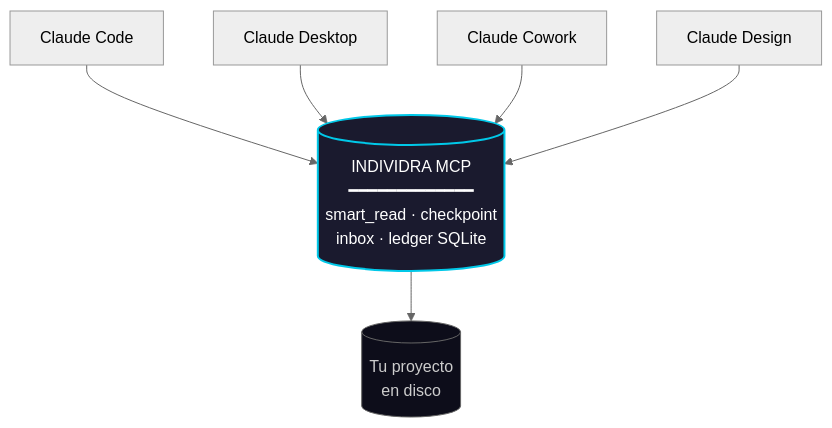
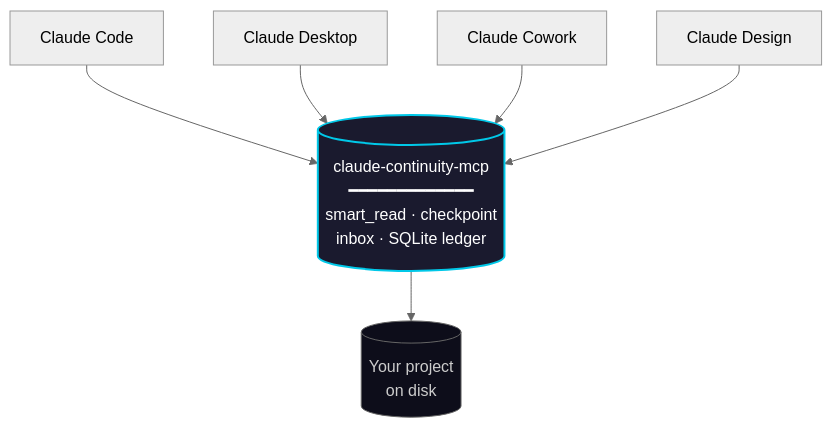
One commit to gabicacabelos/claude-mcp-router changed the diagram in README.md. Above: the diagram before and after it, drawn with Mermaid (neutral theme). The commit also changed other lines of this file and 2 other files, not shown here.

````diff
--- a/README.md
+++ b/README.md
@@ -7,12 +7,12 @@
 ```mermaid
 graph TD
     A[Claude Code] --> M
     B[Claude Desktop] --> M
     C[Claude Cowork] --> M
     D[Claude Design] --> M
 
-    M[("INDIVIDRA MCP<br/>━━━━━━━━━━━━━<br/>smart_read · checkpoint<br/>inbox · ledger SQLite")] --> P[(Tu proyecto<br/>en disco)]
+    M[("claude-continuity-mcp<br/>━━━━━━━━━━━━━<br/>smart_read · checkpoint<br/>inbox · SQLite ledger")] --> P[(Your project<br/>on disk)]
 
     style M fill:#1a1a2e,stroke:#00c8e8,stroke-width:2px,color:#fff
     style P fill:#0d0d1a,stroke:#666,stroke-width:1px,color:#ccc
 ```
````
